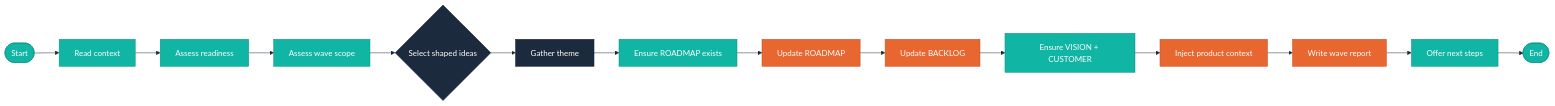
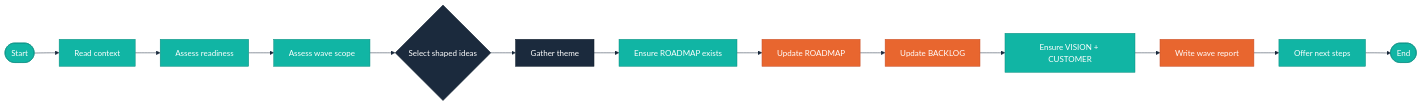
The diagram in skills/arc-wave/SKILL.md (ronjanusz-liatrio/arc), drawn with Mermaid before and after one commit. The commit also changed other lines of this file and 7 other files, not shown here.

First line of the commit message:
refactor(arc-wave): remove Step 9 CLAUDE.md inject and renumber subsequent steps (T02.1)

````diff
--- a/skills/arc-wave/SKILL.md
+++ b/skills/arc-wave/SKILL.md
@@ -45,25 +46,24 @@
 ```mermaid
 %%{init: {'theme': 'base', 'themeVariables': {'primaryColor': '#11B5A4', 'primaryTextColor': '#FFFFFF', 'primaryBorderColor': '#0D8F82', 'secondaryColor': '#E8662F', 'secondaryTextColor': '#FFFFFF', 'secondaryBorderColor': '#C7502A', 'tertiaryColor': '#1B2A3D', 'tertiaryTextColor': '#FFFFFF', 'lineColor': '#1B2A3D', 'fontFamily': 'Inter, sans-serif'}}}%%
 flowchart LR
     S([Start]) --> A[Read context]
     A --> B[Assess readiness]
     B --> C[Assess wave scope]
     C --> D{Select shaped ideas}
     D --> E[Gather theme]
     E --> F[Ensure ROADMAP exists]
     F --> G[Update ROADMAP]
     G --> H[Update BACKLOG]
     H --> I[Ensure VISION + CUSTOMER]
-    I --> J[Inject product context]
-    J --> K[Write wave report]
-    K --> L[Offer next steps]
-    L --> X([End])
+    I --> J[Write wave report]
+    J --> K[Offer next steps]
+    K --> X([End])
 
     classDef user fill:#1B2A3D,stroke:#0F1D2B,color:#FFFFFF
     classDef action fill:#11B5A4,stroke:#0D8F82,color:#FFFFFF
     classDef write fill:#E8662F,stroke:#C7502A,color:#FFFFFF
 
     class D,E user
-    class A,B,C,F,I,L action
-    class G,H,J,K write
+    class A,B,C,F,I,K action
+    class G,H,J write
 ```
````
